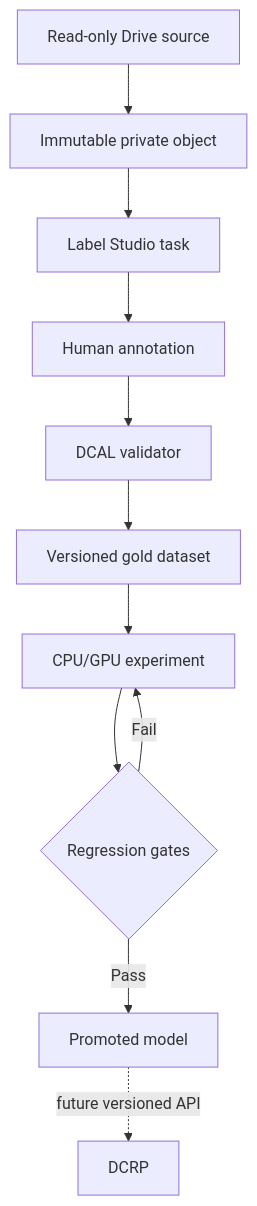
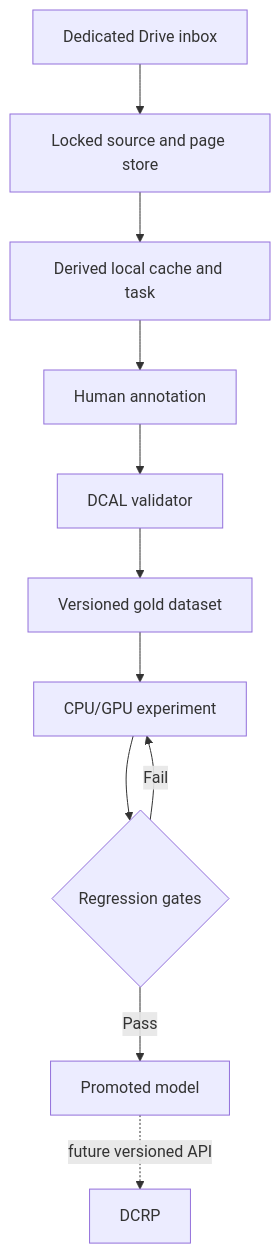
The diagram in docs/ARCHITECTURE.md (DrDewan/DCAL), drawn with Mermaid before and after one commit. The commit also changed other lines of this file and 38 other files, not shown here.

Commit message:
Build dedicated Google Drive ingestion pipeline

````diff
--- a/docs/ARCHITECTURE.md
+++ b/docs/ARCHITECTURE.md
@@ -23,13 +23,13 @@
 ```mermaid
 flowchart TD
-    A["Read-only Drive source"] --> B["Immutable private object"]
-    B --> C["Label Studio task"]
+    A["Dedicated Drive inbox"] --> B["Locked source and page store"]
+    B --> C["Derived local cache and task"]
     C --> D["Human annotation"]
     D --> E["DCAL validator"]
     E --> F["Versioned gold dataset"]
     F --> G["CPU/GPU experiment"]
     G --> H{"Regression gates"}
     H -->|Fail| G
     H -->|Pass| I["Promoted model"]
     I -. "future versioned API" .-> J["DCRP"]
 ```
````
